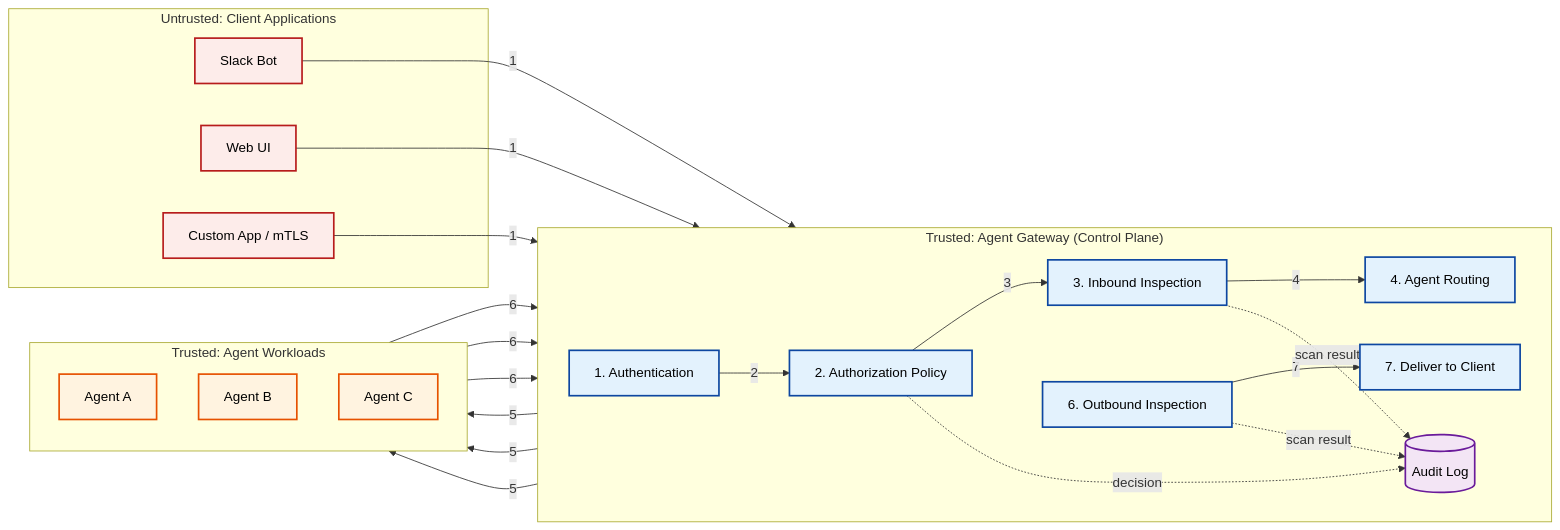
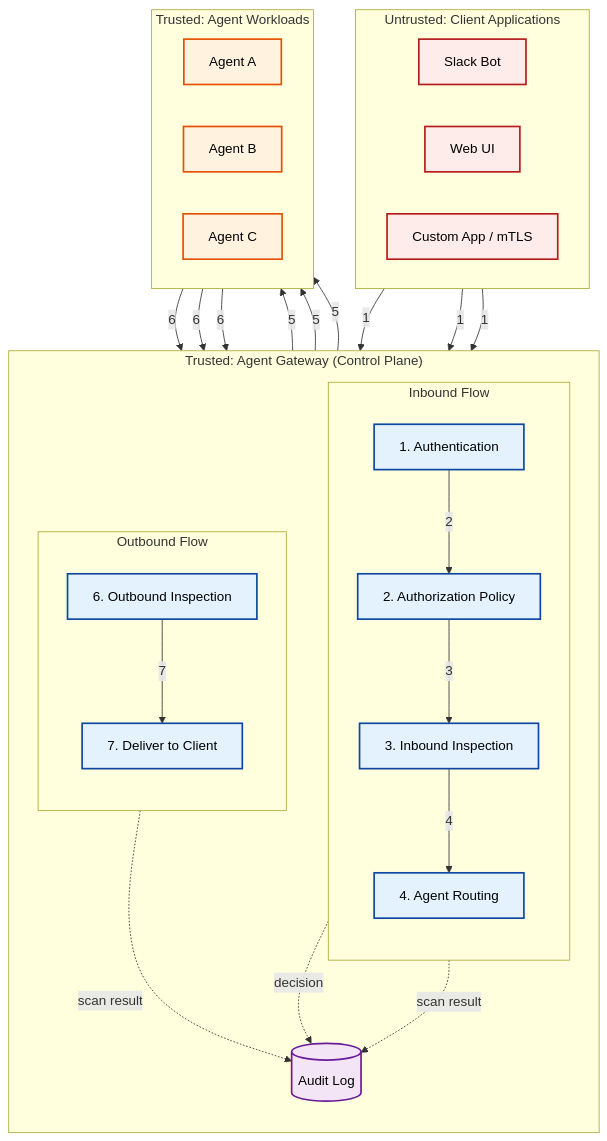
One commit to maheshkukreja/secure-patterns changed the diagram in patterns/ai_agent_gateway/README.md. Above: the diagram before and after it, drawn with Mermaid.

Commit message:
update mermaid

````diff
--- a/patterns/ai_agent_gateway/README.md
+++ b/patterns/ai_agent_gateway/README.md
@@ -11,57 +11,63 @@
 ```mermaid
-flowchart LR
+flowchart TB
     %% ========= Styles =========
     classDef untrusted fill:#fdecea,stroke:#b71c1c,stroke-width:2px,color:#000;
     classDef control fill:#e3f2fd,stroke:#0d47a1,stroke-width:2px,color:#000;
     classDef workload fill:#fff3e0,stroke:#e65100,stroke-width:2px,color:#000;
     classDef data fill:#f3e5f5,stroke:#6a1b9a,stroke-width:2px,color:#000;
 
-    %% ========= Untrusted Zone =========
+    %% ========= Untrusted Zone (Top) =========
     subgraph Untrusted["Untrusted: Client Applications"]
+        direction LR
         Slack[Slack Bot]:::untrusted
         Web[Web UI]:::untrusted
         CLI[Custom App / mTLS]:::untrusted
     end
 
-    %% ========= Trusted Control Plane =========
+    %% ========= Control Plane (Middle) =========
     subgraph Gateway["Trusted: Agent Gateway (Control Plane)"]
-        direction LR
-        AuthN[1. Authentication]:::control
-        AuthZ[2. Authorization Policy]:::control
-        InDLP[3. Inbound Inspection]:::control
-        Router[4. Agent Routing]:::control
-        OutDLP[6. Outbound Inspection]:::control
-        Egress[7. Deliver to Client]:::control
+        direction TB
+
+        subgraph Inbound["Inbound Flow"]
+            direction TB
+            AuthN[1. Authentication]:::control
+            AuthZ[2. Authorization Policy]:::control
+            InDLP[3. Inbound Inspection]:::control
+            Router[4. Agent Routing]:::control
+
+            AuthN -->|2| AuthZ -->|3| InDLP -->|4| Router
+        end
+
+        subgraph Outbound["Outbound Flow"]
+            direction TB
+            OutDLP[6. Outbound Inspection]:::control
+            Egress[7. Deliver to Client]:::control
+
+            OutDLP -->|7| Egress
+        end
+
         Logs[(Audit Log)]:::data
+
+        %% Invisible links to force the engine to place these side-by-side
+        Inbound ~~~ Logs
+        Logs ~~~ Outbound
+
+        %% Logging Links
+        AuthZ -.->|decision| Logs
+        InDLP -.->|scan result| Logs
+        OutDLP -.->|scan result| Logs
     end
 
-    %% ========= Agent Workloads =========
+    %% ========= Workloads (Bottom) =========
     subgraph Agents["Trusted: Agent Workloads"]
-        direction TB
+        direction LR
         A1[Agent A]:::workload
         A2[Agent B]:::workload
         A3[Agent C]:::workload
     end
 
-    %% ========= Request Flow =========
-    Slack -->|1| AuthN
-    Web -->|1| AuthN
-    CLI -->|1| AuthN
-    AuthN -->|2| AuthZ
-    AuthZ -->|3| InDLP
-    InDLP -->|4| Router
-    Router -->|5| A1
-    Router -->|5| A2
-    Router -->|5| A3
-
-    %% ========= Response Flow =========
-    A1 -->|6| OutDLP
-    A2 -->|6| OutDLP
-    A3 -->|6| OutDLP
-    OutDLP -->|7| Egress
-
-    %% ========= Logging =========
-    AuthZ -.->|decision| Logs
-    InDLP -.->|scan result| Logs
-    OutDLP -.->|scan result| Logs
+    %% ========= The "U-Shape" Pipeline Connections =========
+    Slack & Web & CLI -->|1| AuthN
+    Router -->|5| A1 & A2 & A3
+    A1 & A2 & A3 -->|6| OutDLP
 ```
````
